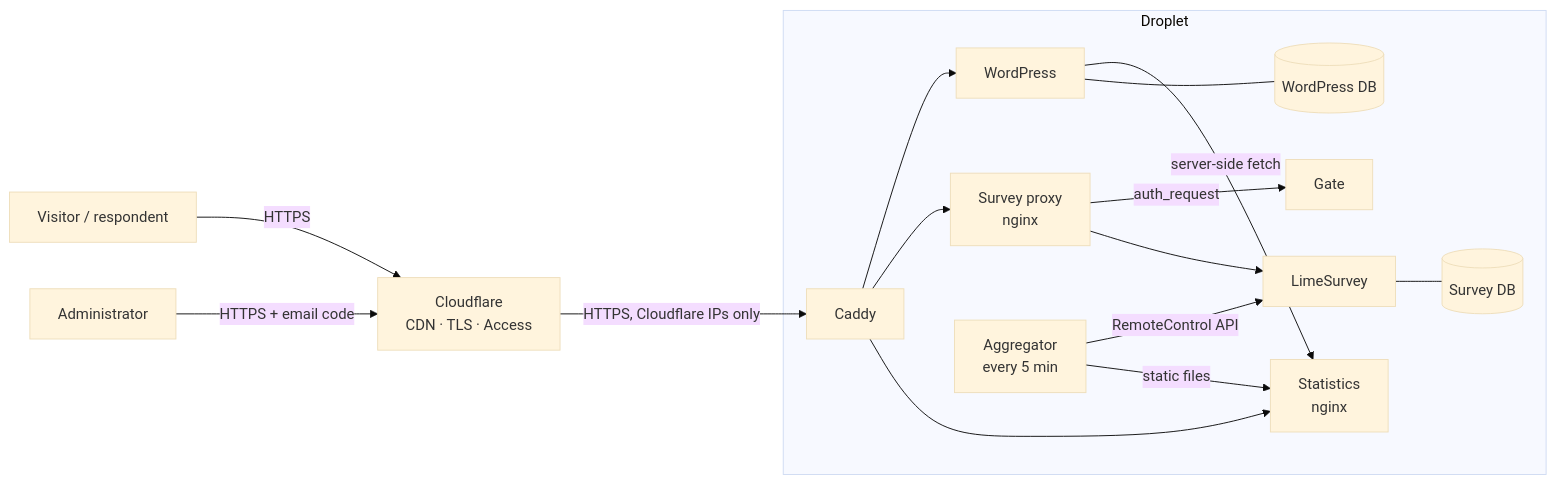
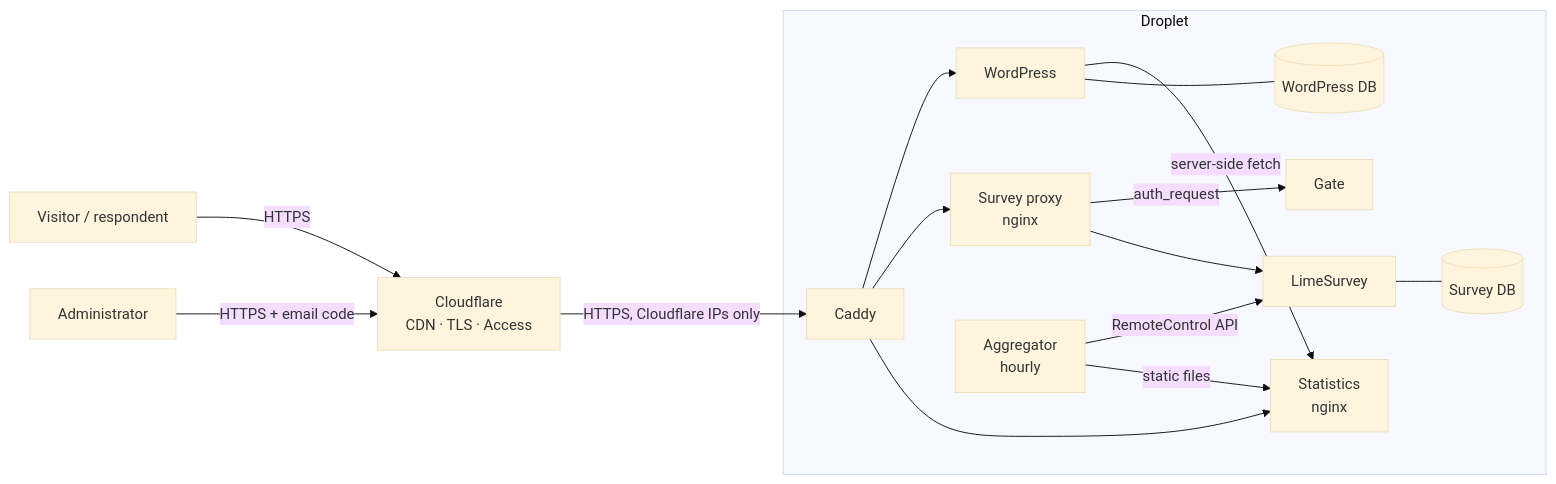
Before and after one commit to bsantoshraj/indiantaxpayervoice.org: the first of 2 diagrams in docs/how-it-works.md, drawn with Mermaid (base theme). The commit also changed other lines of this file and 10 other files, not shown here.

````diff
--- a/docs/how-it-works.md
+++ b/docs/how-it-works.md
@@ -39,18 +39,18 @@
 ```mermaid
 flowchart LR
   V[Visitor / respondent] -->|HTTPS| CF[Cloudflare<br/>CDN · TLS · Access]
   A[Administrator] -->|HTTPS + email code| CF
   CF -->|HTTPS, Cloudflare IPs only| C[Caddy]
   subgraph Droplet
     C --> WP[WordPress]
     C --> SP[Survey proxy<br/>nginx]
     C --> ST[Statistics<br/>nginx]
     SP -->|auth_request| G[Gate]
     SP --> LS[LimeSurvey]
-    AGG[Aggregator<br/>every 5 min] -->|RemoteControl API| LS
+    AGG[Aggregator<br/>hourly] -->|RemoteControl API| LS
     AGG -->|static files| ST
     WP -->|server-side fetch| ST
     WP --- WDB[(WordPress DB)]
     LS --- LDB[(Survey DB)]
   end
 ```
````
